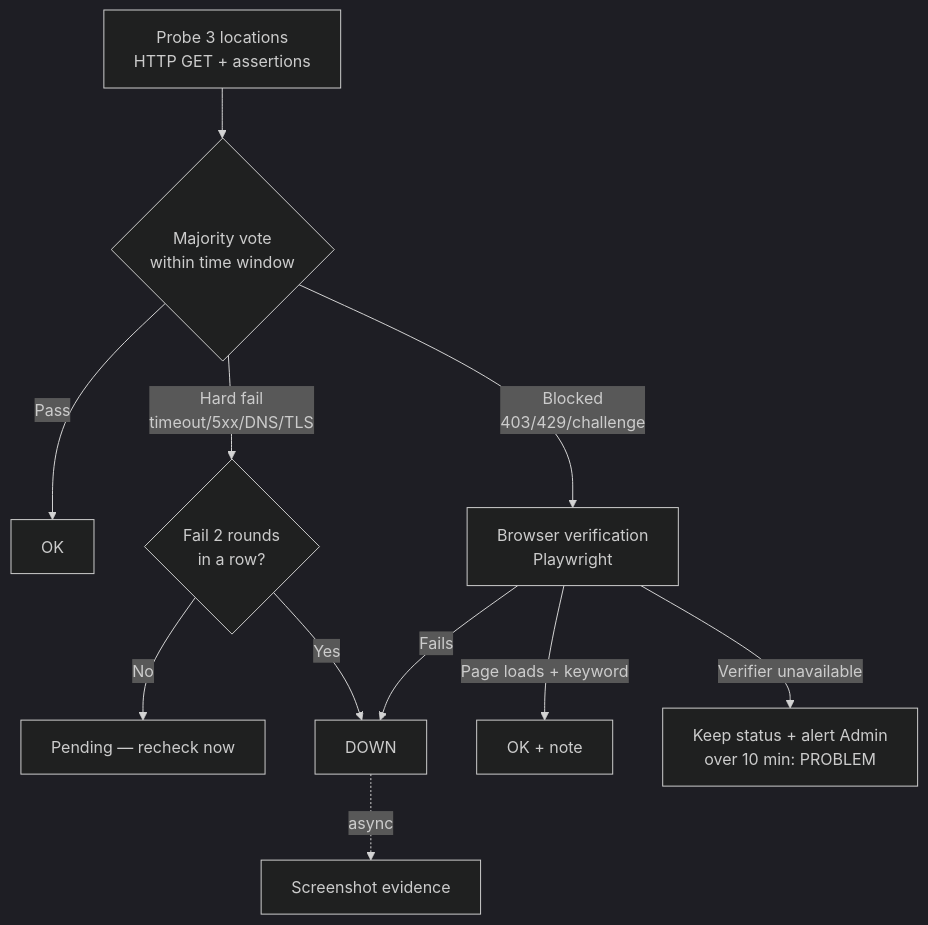
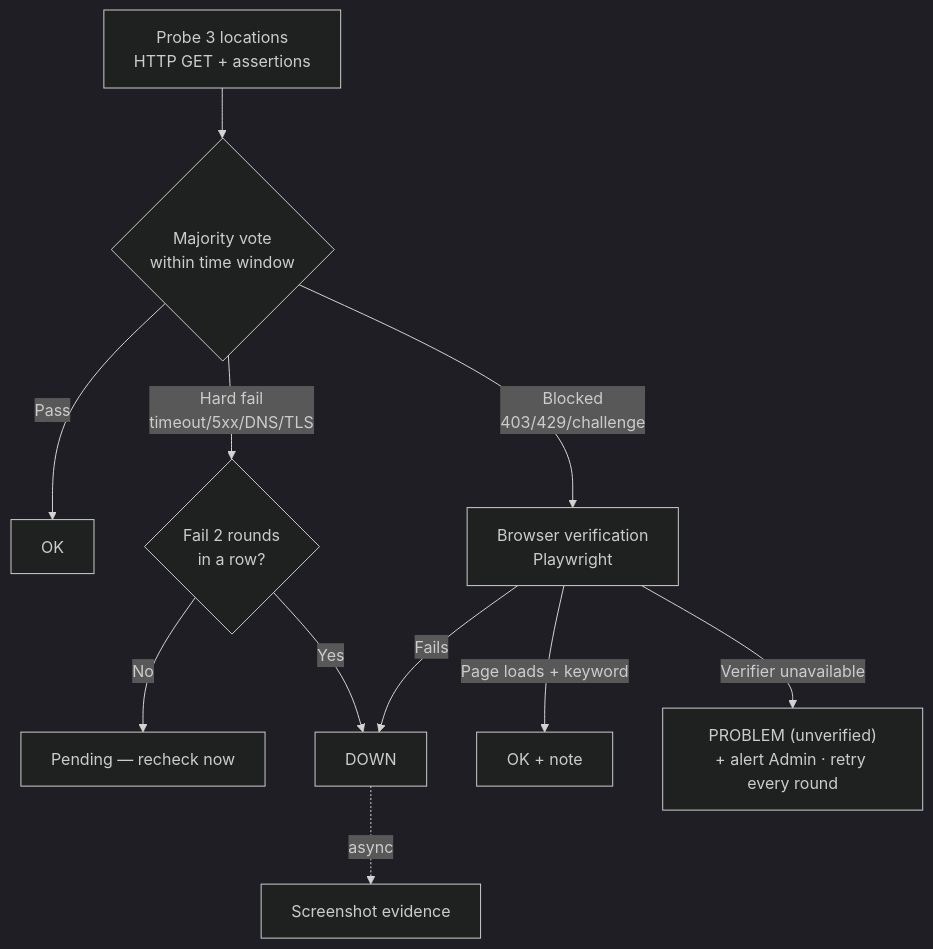
The first of 3 diagrams in docs/prd.md (Jirawatpyk/Website-Monitoring), drawn with Mermaid (dark theme) before and after one commit. The commit also changed other lines of this file and 39 other files, not shown here.

````diff
--- a/docs/prd.md
+++ b/docs/prd.md
@@ -118,13 +119,13 @@
 ```mermaid
 flowchart TD
   A[Probe 3 locations<br/>HTTP GET + assertions] --> B{Majority vote<br/>within time window}
   B -->|Pass| OK[OK]
   B -->|Hard fail<br/>timeout/5xx/DNS/TLS| R{Fail 2 rounds<br/>in a row?}
   R -->|No| W[Pending — recheck now]
   R -->|Yes| DOWN[DOWN]
   DOWN -.->|async| S[Screenshot evidence]
   B -->|Blocked<br/>403/429/challenge| V[Browser verification<br/>Playwright]
   V -->|Page loads + keyword| OKN[OK + note]
   V -->|Fails| DOWN
-  V -->|Verifier unavailable| K[Keep status + alert Admin<br/>over 10 min: PROBLEM]
+  V -->|Verifier unavailable| K["PROBLEM (unverified)<br/>+ alert Admin · retry every round"]
 ```
````
